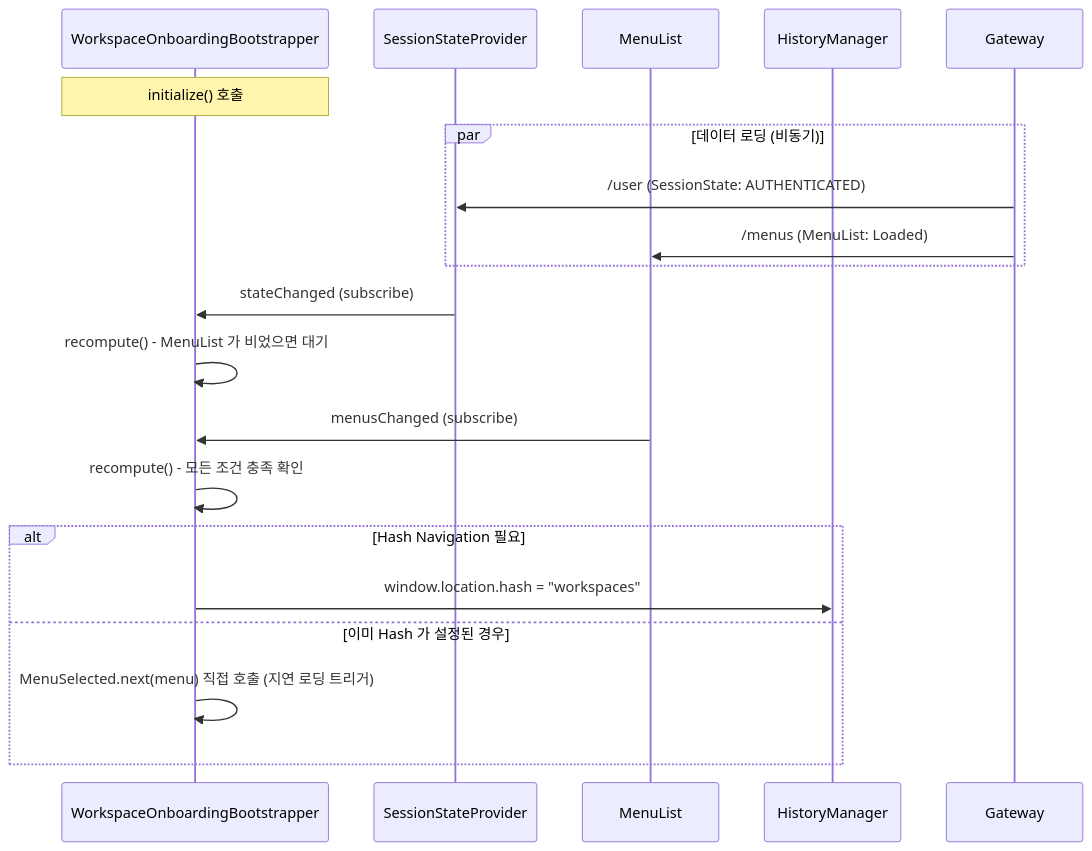
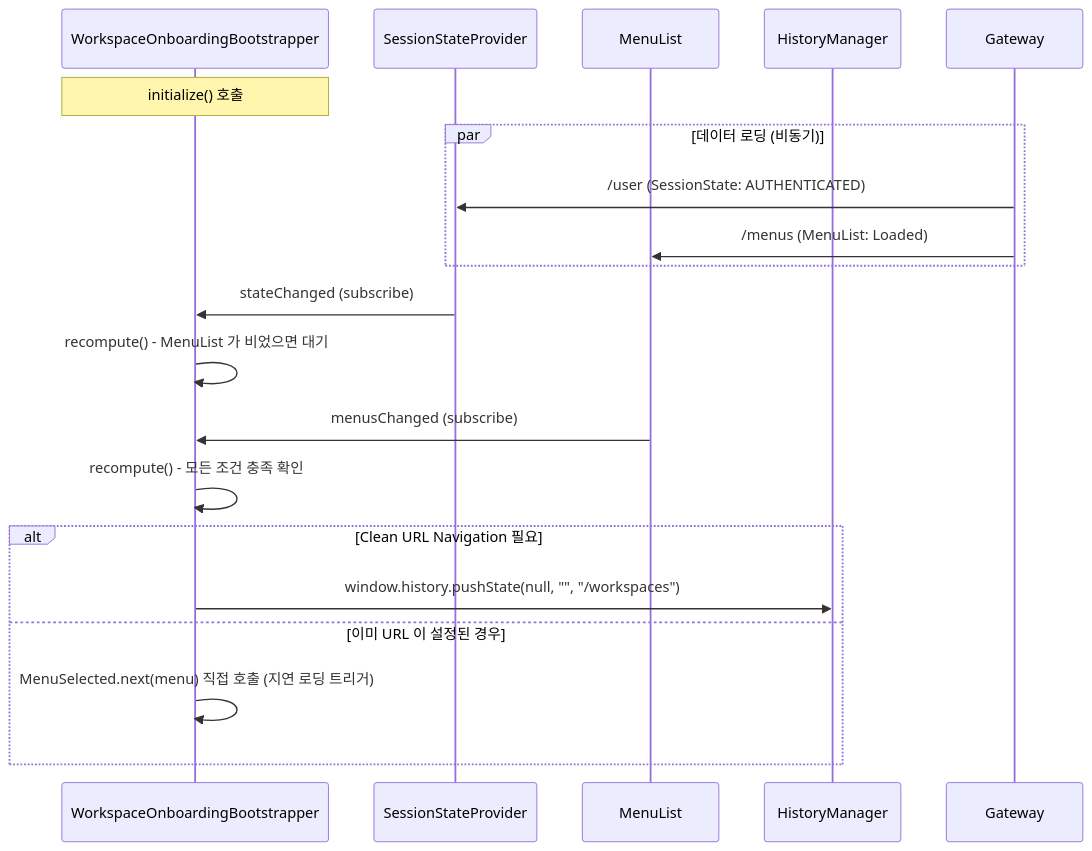
Before and after one commit to sayaya1090/handbook: the third of 11 diagrams in docs/architecture.md, drawn with Mermaid. The commit also changed other lines of this file and 47 other files, not shown here.

````diff
--- a/docs/architecture.md
+++ b/docs/architecture.md
@@ -170,25 +170,25 @@
 ```mermaid
 sequenceDiagram
     participant B as WorkspaceOnboardingBootstrapper
     participant S as SessionStateProvider
     participant M as MenuList
     participant H as HistoryManager
 
     Note over B: initialize() 호출
     par 데이터 로딩 (비동기)
         Gateway->>S: /user (SessionState: AUTHENTICATED)
         Gateway->>M: /menus (MenuList: Loaded)
     end
 
     S->>B: stateChanged (subscribe)
     B->>B: recompute() - MenuList 가 비었으면 대기
     
     M->>B: menusChanged (subscribe)
     B->>B: recompute() - 모든 조건 충족 확인
 
-    alt Hash Navigation 필요
-        B->>H: window.location.hash = "workspaces"
-    else 이미 Hash 가 설정된 경우
+    alt Clean URL Navigation 필요
+        B->>H: window.history.pushState(null, "", "/workspaces")
+    else 이미 URL 이 설정된 경우
         B->>B: MenuSelected.next(menu) 직접 호출 (지연 로딩 트리거)
     end
 ```
````
